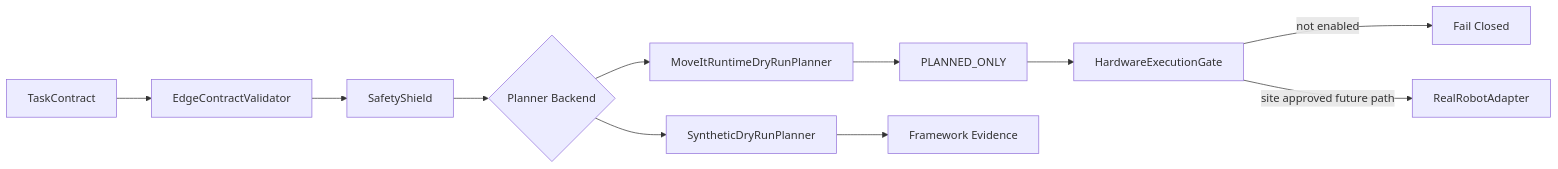
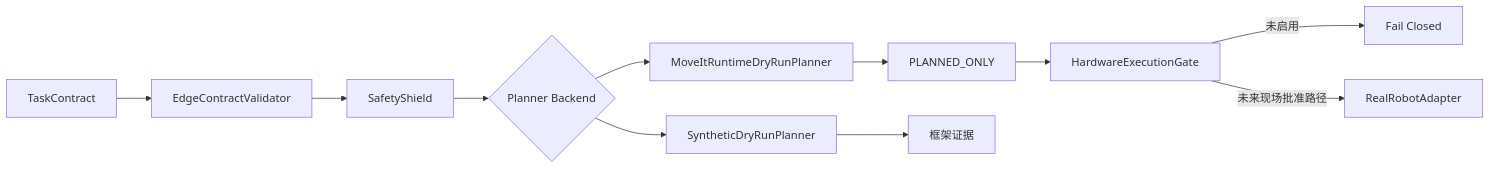
One commit to ningyd98/BIG-small changed the fifth of 6 diagrams in docs/architecture.md. Above: the diagram before and after it, drawn with Mermaid. The commit also changed other lines of this file and 154 other files, not shown here.

````diff
--- a/docs/architecture.md
+++ b/docs/architecture.md
@@ -90,13 +90,13 @@
 ```mermaid
 flowchart LR
   Contract[TaskContract] --> Validator[EdgeContractValidator]
   Validator --> Shield[SafetyShield]
   Shield --> Planner{Planner Backend}
   Planner --> Synthetic[SyntheticDryRunPlanner]
   Planner --> MoveIt[MoveItRuntimeDryRunPlanner]
   MoveIt --> Planned[PLANNED_ONLY]
-  Synthetic --> Framework[Framework Evidence]
+  Synthetic --> Framework[框架证据]
   Planned --> Gate[HardwareExecutionGate]
-  Gate -->|not enabled| Reject[Fail Closed]
-  Gate -->|site approved future path| Real[RealRobotAdapter]
+  Gate -->|未启用| Reject[Fail Closed]
+  Gate -->|未来现场批准路径| Real[RealRobotAdapter]
 ```
````
